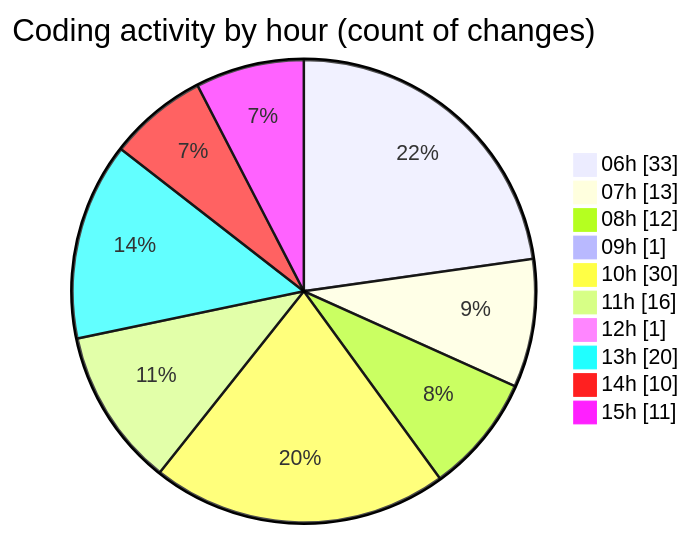
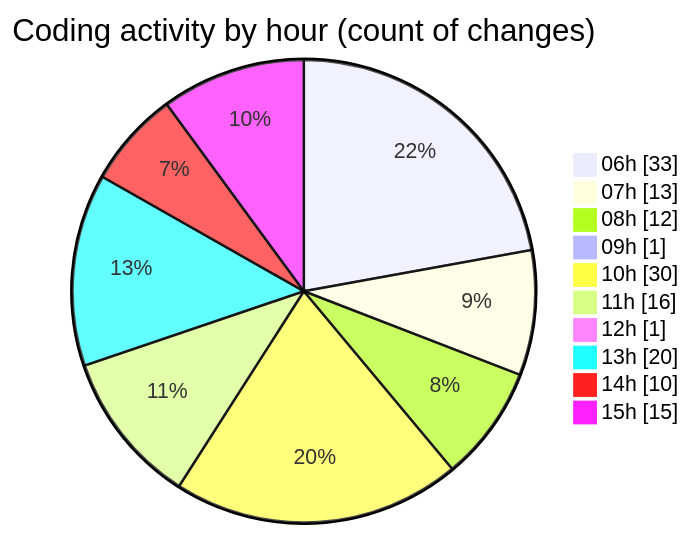
One commit to charlie-sans/code-tracking changed the second of 2 diagrams in 2025-02-21/micros/README.md. Above: the diagram before and after it, drawn with Mermaid. The commit also changed other lines of this file and 1 other file, not shown here.

````diff
--- a/2025-02-21/micros/README.md
+++ b/2025-02-21/micros/README.md
@@ -92,14 +92,14 @@
 ```mermaid
 pie showData
 title Coding activity by hour (count of changes)
 "06h" : 33
 "07h" : 13
 "08h" : 12
 "09h" : 1
 "10h" : 30
 "11h" : 16
 "12h" : 1
 "13h" : 20
 "14h" : 10
-"15h" : 11
+"15h" : 15
 ```
````
